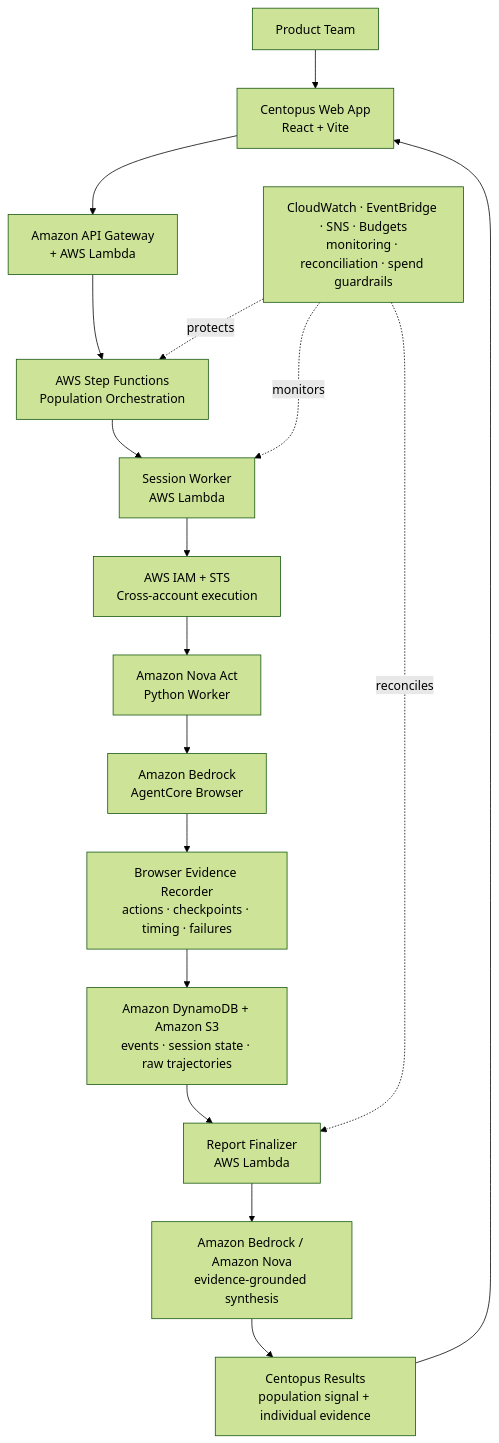
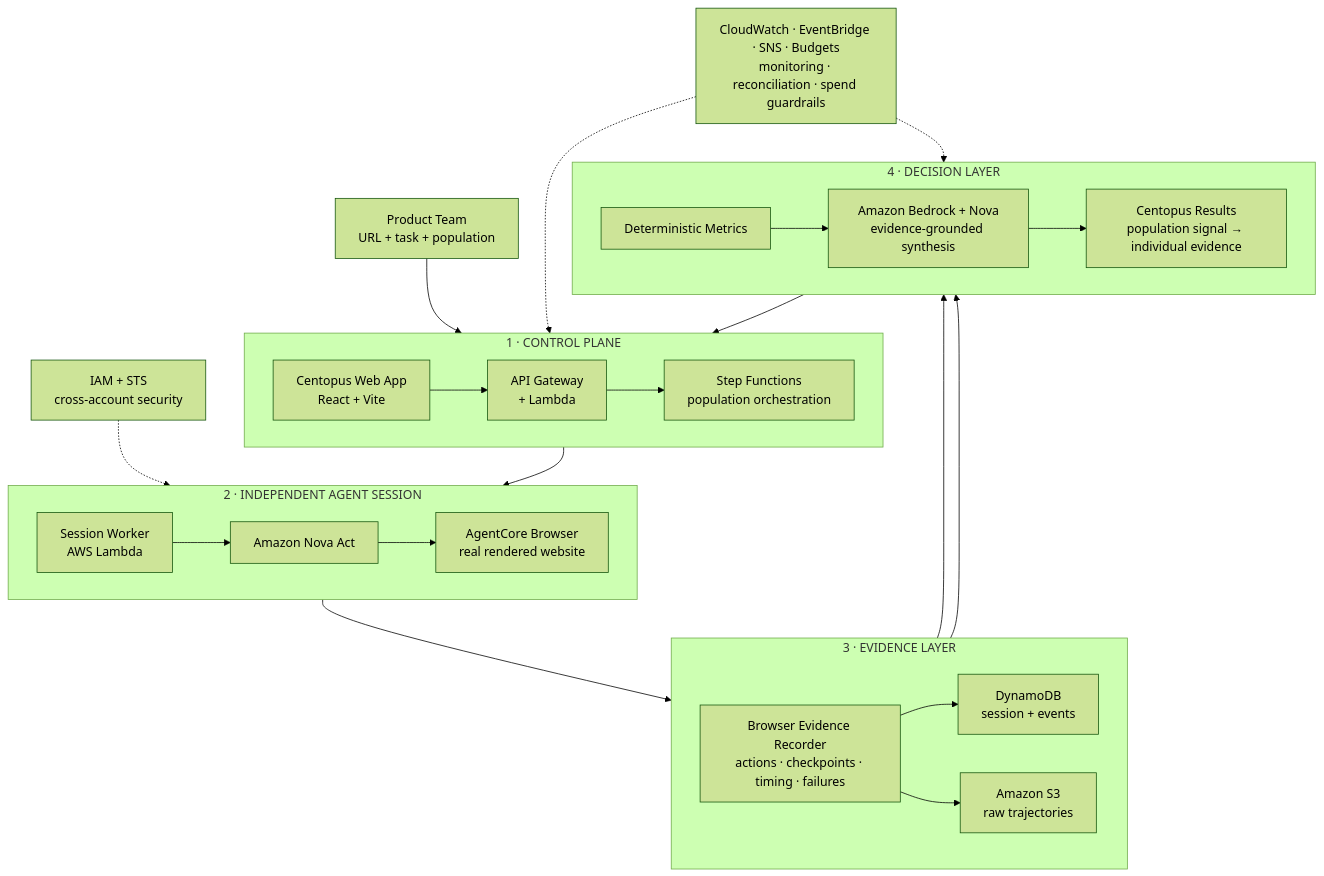
Before and after one commit to SaiKrishna181707/BetaVersion: the diagram in README.md, drawn with Mermaid (forest theme). The commit also changed other lines of this file, not shown here.

Commit message:
docs: streamline judge README and refine AWS architecture

````diff
--- a/README.md
+++ b/README.md
@@ -110,35 +110,48 @@
 ```mermaid
 flowchart TB
-    USER["Product Team"]
-    WEB["Centopus Web App<br/>React + Vite"]
-    API["Amazon API Gateway<br/>+ AWS Lambda"]
-    ORCH["AWS Step Functions<br/>Population Orchestration"]
-    WORKER["Session Worker<br/>AWS Lambda"]
-    AUTH["AWS IAM + STS<br/>Cross-account execution"]
-    NOVA["Amazon Nova Act<br/>Python Worker"]
-    BROWSER["Amazon Bedrock<br/>AgentCore Browser"]
-    EVIDENCE["Browser Evidence Recorder<br/>actions · checkpoints · timing · failures"]
-    STORE["Amazon DynamoDB + Amazon S3<br/>events · session state · raw trajectories"]
-    FINAL["Report Finalizer<br/>AWS Lambda"]
-    SYNTH["Amazon Bedrock / Amazon Nova<br/>evidence-grounded synthesis"]
-    RESULT["Centopus Results<br/>population signal + individual evidence"]
-    OPS["CloudWatch · EventBridge · SNS · Budgets<br/>monitoring · reconciliation · spend guardrails"]
+    USER["Product Team<br/>URL + task + population"]
+
+    subgraph CONTROL["1 · CONTROL PLANE"]
+      direction LR
+      WEB["Centopus Web App<br/>React + Vite"]
+      API["API Gateway<br/>+ Lambda"]
+      ORCH["Step Functions<br/>population orchestration"]
+      WEB --> API --> ORCH
+    end
+
+    subgraph AGENT["2 · INDEPENDENT AGENT SESSION"]
+      direction LR
+      WORKER["Session Worker<br/>AWS Lambda"]
+      NOVA["Amazon Nova Act"]
+      BROWSER["AgentCore Browser<br/>real rendered website"]
+      WORKER --> NOVA --> BROWSER
+    end
+
+    subgraph EVIDENCE["3 · EVIDENCE LAYER"]
+      direction LR
+      REC["Browser Evidence Recorder<br/>actions · checkpoints · timing · failures"]
+      DDB["DynamoDB<br/>session + events"]
+      S3["Amazon S3<br/>raw trajectories"]
+      REC --> DDB
+      REC --> S3
+    end
+
+    subgraph RESULT["4 · DECISION LAYER"]
+      direction LR
+      METRICS["Deterministic Metrics"]
+      SYNTH["Amazon Bedrock + Nova<br/>evidence-grounded synthesis"]
+      OUT["Centopus Results<br/>population signal → individual evidence"]
+      METRICS --> SYNTH --> OUT
+    end
 
     USER --> WEB
-    WEB --> API
-    API --> ORCH
     ORCH --> WORKER
-    WORKER --> AUTH
-    AUTH --> NOVA
-    NOVA --> BROWSER
-    BROWSER --> EVIDENCE
-    EVIDENCE --> STORE
-    STORE --> FINAL
-    FINAL --> SYNTH
-    SYNTH --> RESULT
-    RESULT --> WEB
+    BROWSER --> REC
+    DDB --> METRICS
+    S3 --> METRICS
+    OUT --> WEB
 
-    OPS -. protects .-> ORCH
-    OPS -. monitors .-> WORKER
-    OPS -. reconciles .-> FINAL
+    SECURITY["IAM + STS<br/>cross-account security"] -.-> WORKER
+    OPS["CloudWatch · EventBridge · SNS · Budgets<br/>monitoring · reconciliation · spend guardrails"] -.-> ORCH
+    OPS -.-> METRICS
 ```
````
